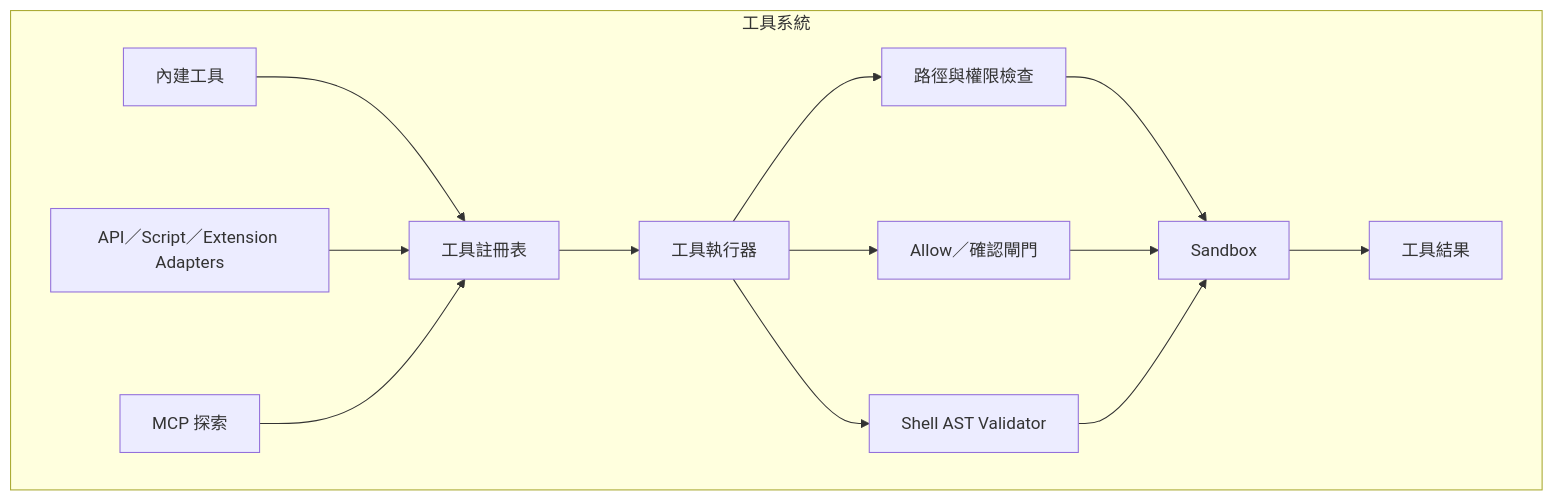
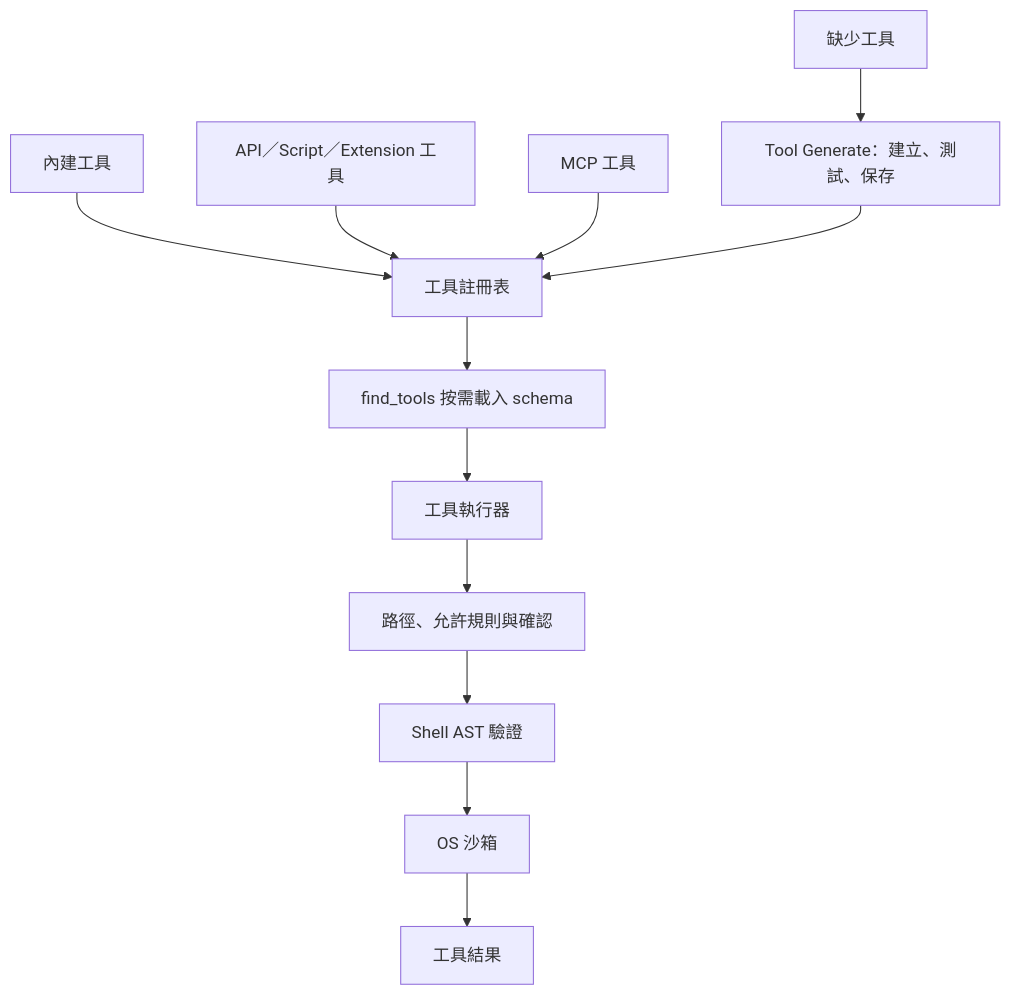
The fifth of 9 diagrams in doc/architecture.zh.md (agenvoy/Agenvoy), drawn with Mermaid before and after one commit. The commit also changed other lines of this file and 5 other files, not shown here.

````diff
--- a/doc/architecture.zh.md
+++ b/doc/architecture.zh.md
@@ -117,16 +94,14 @@
 ```mermaid
 graph TB
-    subgraph Tools[工具系統]
-        Builtins[內建工具] --> Registry[工具註冊表]
-        Adapters[API／Script／Extension Adapters] --> Registry
-        MCPDiscovery[MCP 探索] --> Registry
-        Registry --> Executor[工具執行器]
-        Executor --> Paths[路徑與權限檢查]
-        Executor --> Allow[Allow／確認閘門]
-        Executor --> Shell[Shell AST Validator]
-        Paths --> Sandbox[Sandbox]
-        Allow --> Sandbox
-        Shell --> Sandbox
-        Sandbox --> Result[工具結果]
-    end
+    Builtins[內建工具] --> Registry[工具註冊表]
+    Local[API／Script／Extension 工具] --> Registry
+    Remote[MCP 工具] --> Registry
+    Registry --> Discover[find_tools 按需載入 schema]
+    Discover --> Execute[工具執行器]
+    Execute --> Check[路徑、允許規則與確認]
+    Check --> Shell[Shell AST 驗證]
+    Shell --> Sandbox[OS 沙箱]
+    Sandbox --> Result[工具結果]
+    Missing[缺少工具] --> Generate[Tool Generate：建立、測試、保存]
+    Generate --> Registry
 ```
````
